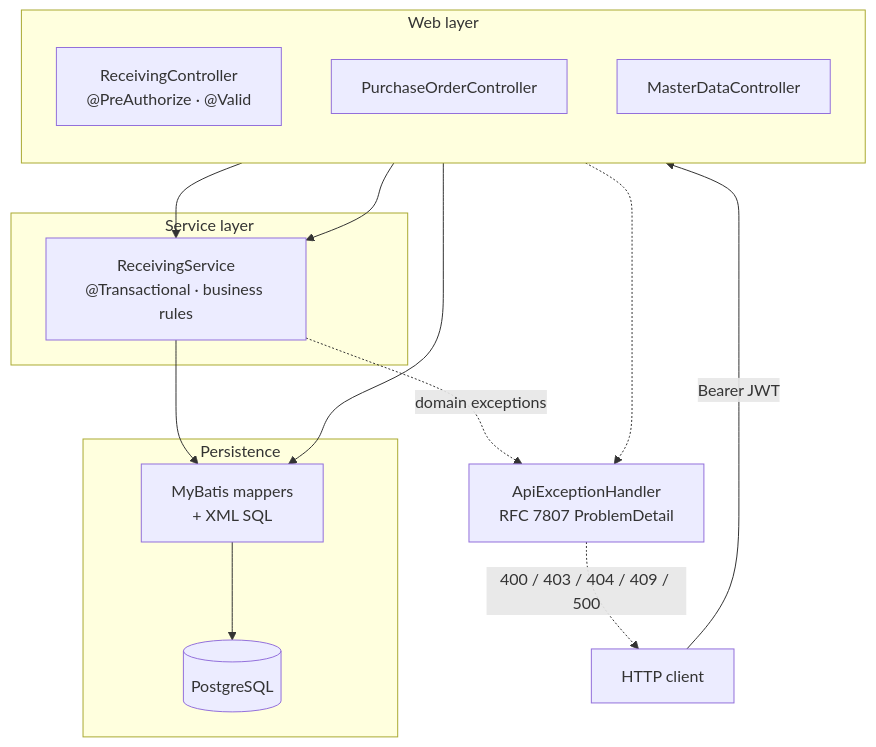
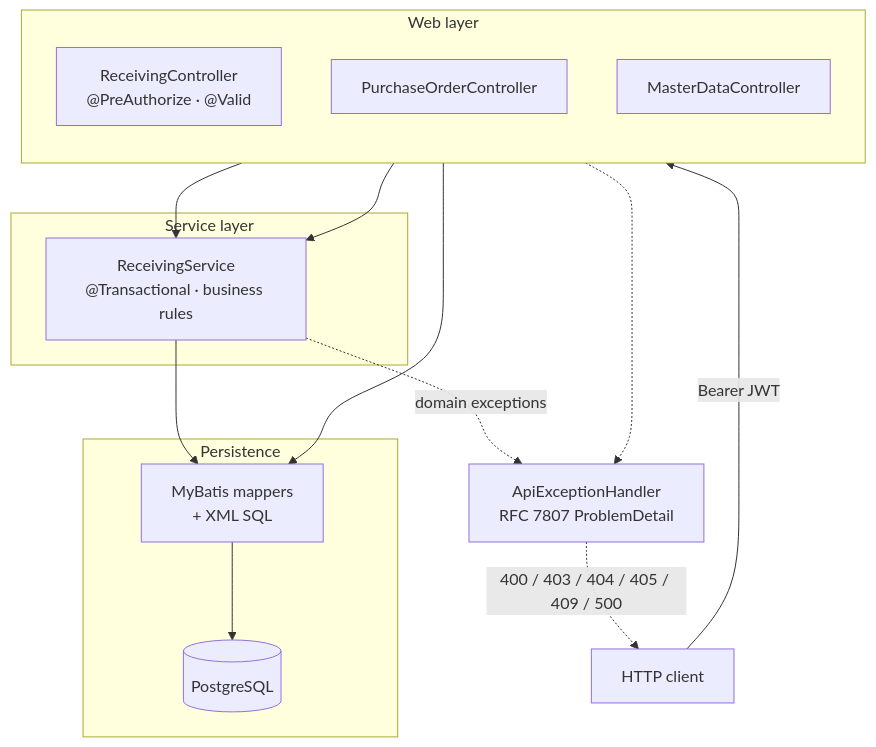
The diagram in README.md (Davidzent/Warehouse), drawn with Mermaid before and after one commit. The commit also changed other lines of this file and 2 other files, not shown here.

````diff
--- a/README.md
+++ b/README.md
@@ -31,30 +36,30 @@
 ```mermaid
 flowchart TD
     C[HTTP client] -->|Bearer JWT| W
 
     subgraph W["Web layer"]
         direction TB
         RC["ReceivingController<br/>@PreAuthorize · @Valid"]
         PC[PurchaseOrderController]
         MC[MasterDataController]
     end
 
     subgraph S["Service layer"]
         SVC["ReceivingService<br/>@Transactional · business rules"]
     end
 
     subgraph P["Persistence"]
         M["MyBatis mappers<br/>+ XML SQL"]
         DB[(PostgreSQL)]
     end
 
     RC --> SVC
     PC --> SVC
     MC --> M
     SVC --> M
     M --> DB
 
     SVC -.->|domain exceptions| EH["ApiExceptionHandler<br/>RFC 7807 ProblemDetail"]
     RC -.-> EH
-    EH -.->|400 / 403 / 404 / 409 / 500| C
+    EH -.->|400 / 403 / 404 / 405 / 409 / 500| C
 ```
````
